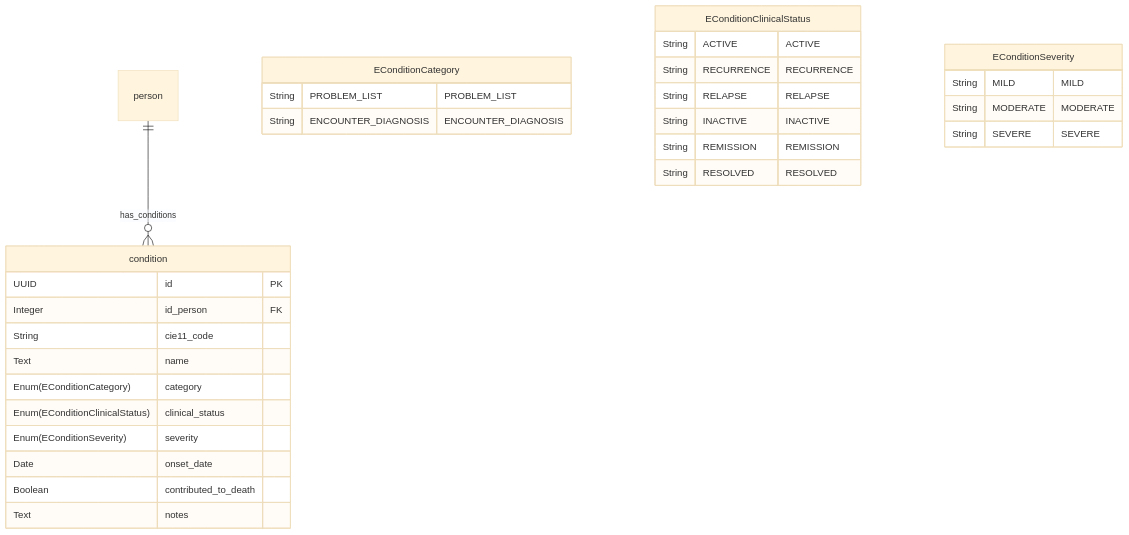
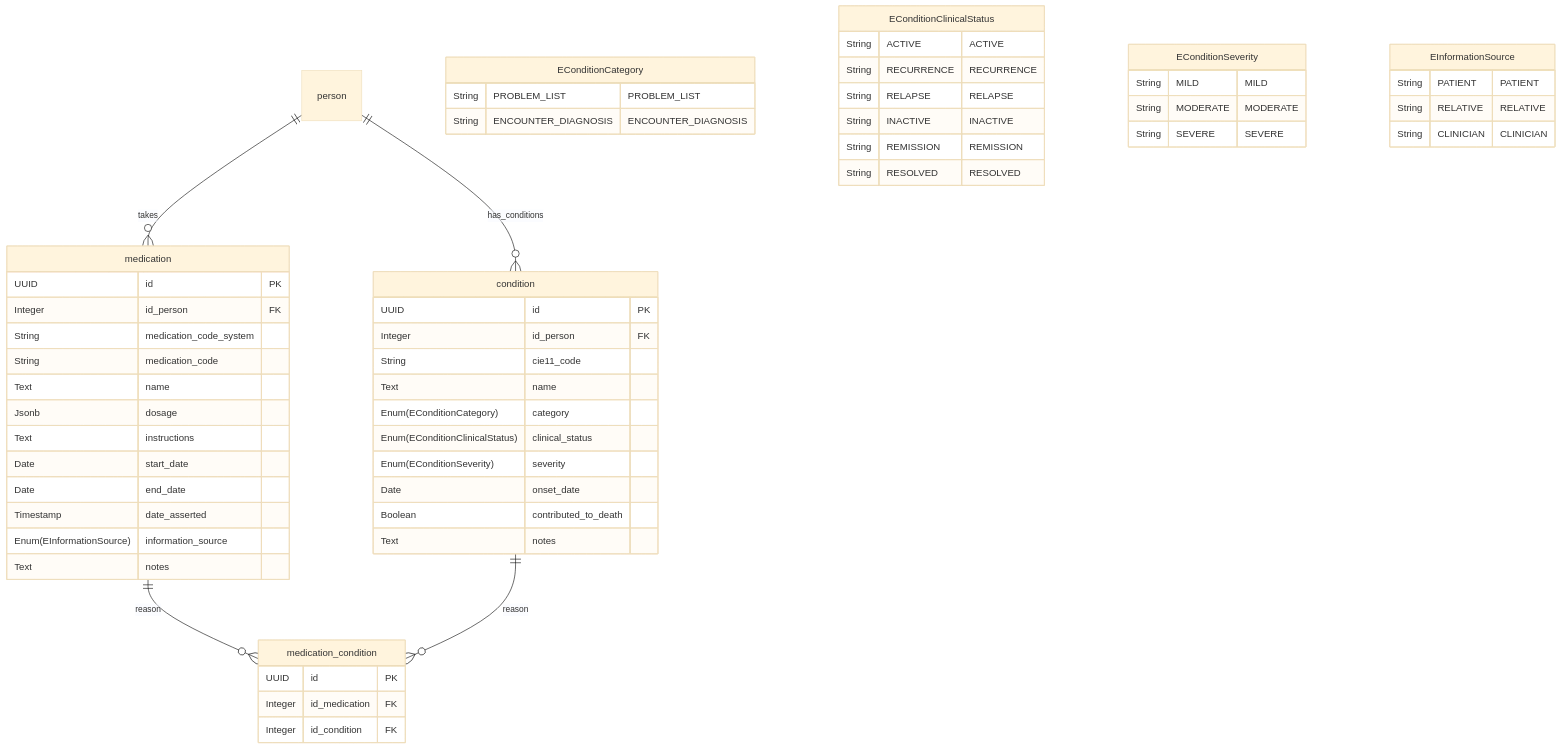
The diagram in db/postgres/clinical_history/erd.mmd (m4ck-y/dh_docs), drawn with Mermaid (base theme) before and after one commit. The commit also changed 2 other files, not shown here.

Commit message:
docs(db): clinical_history.medication + medication_condition bridge (N:N) + information_source enum

```diff
--- a/db/postgres/clinical_history/erd.mmd
+++ b/db/postgres/clinical_history/erd.mmd
@@ -1,55 +1,98 @@
 erDiagram
     %% CLINICAL_HISTORY SCHEMA
     %% Historial clinico con trazabilidad temporal.
-    %% condition: condiciones/enfermedades de la persona (CIE-11).
+    %%   condition: condiciones/enfermedades de la persona (CIE-11).
+    %%   medication: medicamentos de la persona (reportados; FHIR MedicationStatement).
+    %%   medication_condition: puente N:N (medicamento <-> condicion; FHIR reason).
     %% PENDIENTE de diseno: encounter (consultas) + encounter_diagnosis (puente).
 
     %% REFERENCIAS EXTERNAS
     %% person: definida en schema people
+    %% catalogs.medication: catalogo (ClickHouse) -> referencia SUAVE (sin FK, cross-engine)
 
     %% RELACIONES
     person ||--o{ condition : "has_conditions"
+    person ||--o{ medication : "takes"
+    medication ||--o{ medication_condition : "reason"
+    condition ||--o{ medication_condition : "reason"
 
     %% ENUMS
     EConditionCategory {
         String PROBLEM_LIST "PROBLEM_LIST"
         String ENCOUNTER_DIAGNOSIS "ENCOUNTER_DIAGNOSIS"
     }
     EConditionClinicalStatus {
         String ACTIVE "ACTIVE"
         String RECURRENCE "RECURRENCE"
         String RELAPSE "RELAPSE"
         String INACTIVE "INACTIVE"
         String REMISSION "REMISSION"
         String RESOLVED "RESOLVED"
     }
     EConditionSeverity {
         String MILD "MILD"
         String MODERATE "MODERATE"
         String SEVERE "SEVERE"
+    }
+    EInformationSource {
+        String PATIENT "PATIENT"
+        String RELATIVE "RELATIVE"
+        String CLINICIAN "CLINICIAN"
     }
 
     %% ENTIDADES
     %% condition: enfermedad/condicion (unifica chronic_condition + diagnosis_record)
     %% id_person: persona que la padece (paciente o pariente)
     %% cie11_code: codigo CIE-11 (catalogo disease); name = fallback / "Otro"
     %% category: PROBLEM_LIST (lista de problemas) | ENCOUNTER_DIAGNOSIS (diagnostico de consulta)
     %% contributed_to_death: la condicion contribuyo a la muerte (FHIR)
     condition {
         UUID id PK
         Integer id_person FK
         String cie11_code
         Text name
         Enum(EConditionCategory) category
         Enum(EConditionClinicalStatus) clinical_status
         Enum(EConditionSeverity) severity
         Date onset_date
         Boolean contributed_to_death
         Text notes
     }
 
+    %% medication: medicamento de la persona (reportado; FHIR MedicationStatement)
+    %% id_person: quien lo toma
+    %% medication_code_system + medication_code: CodeableConcept -> item del catalogo
+    %%   medication (Vademecum); referencia SUAVE (catalogo en ClickHouse, sin FK)
+    %% name: display / fallback
+    %% dosage: JSONB (Dosage[] de FHIR)
+    %% instructions: texto libre (renderedDosageInstruction)
+    %% start_date/end_date: periodo (effective[x] -> Period; end_date null = vigente)
+    %% date_asserted: cuando se reporto
+    %% information_source: quien lo reporto (paciente/pariente/clinico)
+    medication {
+        UUID id PK
+        Integer id_person FK
+        String medication_code_system
+        String medication_code
+        Text name
+        Jsonb dosage
+        Text instructions
+        Date start_date
+        Date end_date
+        Timestamp date_asserted
+        Enum(EInformationSource) information_source
+        Text notes
+    }
+
+    %% medication_condition: puente N:N (motivo: para que condicion se toma)
+    medication_condition {
+        UUID id PK
+        Integer id_medication FK
+        Integer id_condition FK
+    }
+
     %% PENDIENTE DE DISENO (comentado)
     %% encounter: consultas/atenciones (Encounter)
     %% encounter_diagnosis: puente condicion <-> consulta (Encounter.diagnosis)
     %%   id_encounter FK, id_condition FK, use (EEncounterDiagnosisUse), rank (int)
     %%   Nota: no toda condicion tiene consulta (paciente / data perdida) -> puente opcional.
```
